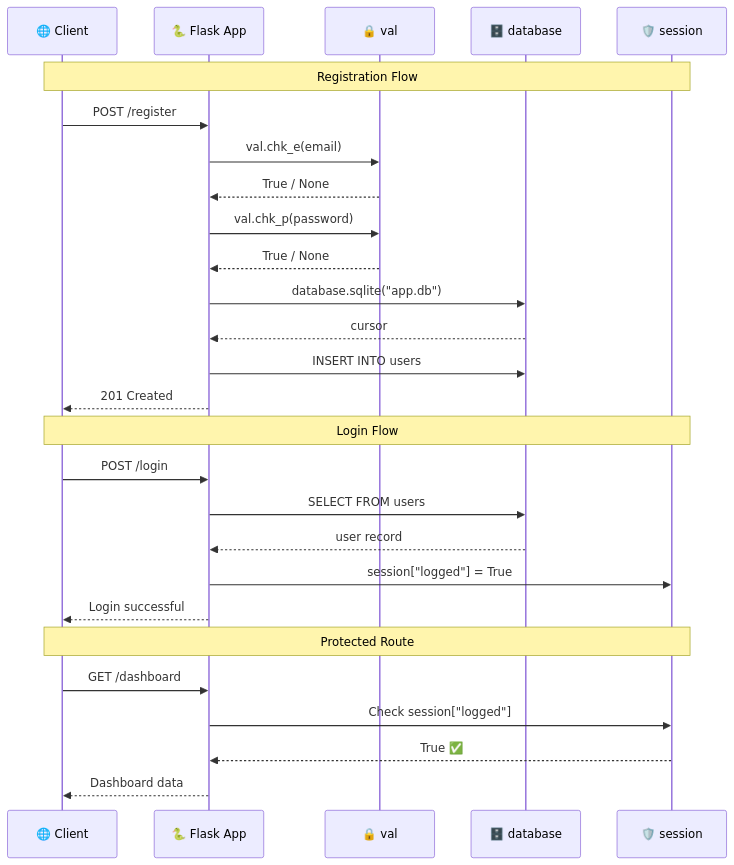
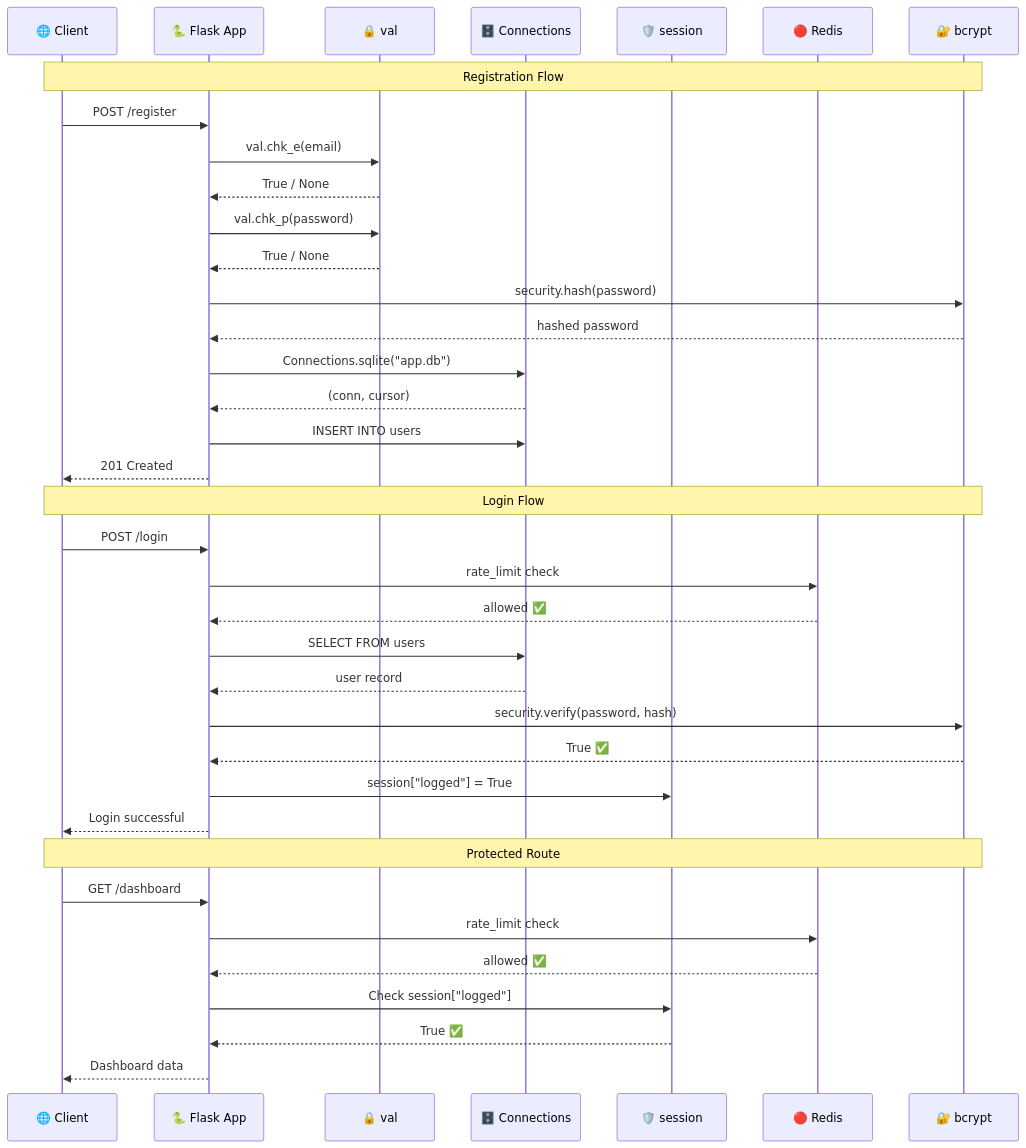
Before and after one commit to OverLimit-OL/Ol_Utills: the sixth of 6 diagrams in README.md, drawn with Mermaid. The commit also changed other lines of this file and 3 other files, not shown here.

````diff
--- a/README.md
+++ b/README.md
@@ -581,32 +845,42 @@
 ```mermaid
 sequenceDiagram
     participant C as 🌐 Client
     participant F as 🐍 Flask App
     participant V as 🔒 val
-    participant D as 🗄️ database
+    participant D as 🗄️ Connections
     participant S as 🛡️ session
+    participant R as 🔴 Redis
+    participant B as 🔐 bcrypt
 
-    Note over C,S: Registration Flow
+    Note over C,B: Registration Flow
     C->>F: POST /register
     F->>V: val.chk_e(email)
     V-->>F: True / None
     F->>V: val.chk_p(password)
     V-->>F: True / None
-    F->>D: database.sqlite("app.db")
-    D-->>F: cursor
+    F->>B: security.hash(password)
+    B-->>F: hashed password
+    F->>D: Connections.sqlite("app.db")
+    D-->>F: (conn, cursor)
     F->>D: INSERT INTO users
     F-->>C: 201 Created
 
-    Note over C,S: Login Flow
+    Note over C,B: Login Flow
     C->>F: POST /login
+    F->>R: rate_limit check
+    R-->>F: allowed ✅
     F->>D: SELECT FROM users
     D-->>F: user record
+    F->>B: security.verify(password, hash)
+    B-->>F: True ✅
     F->>S: session["logged"] = True
     F-->>C: Login successful
 
-    Note over C,S: Protected Route
+    Note over C,B: Protected Route
     C->>F: GET /dashboard
+    F->>R: rate_limit check
+    R-->>F: allowed ✅
     F->>S: Check session["logged"]
     S-->>F: True ✅
     F-->>C: Dashboard data
 ```
````
